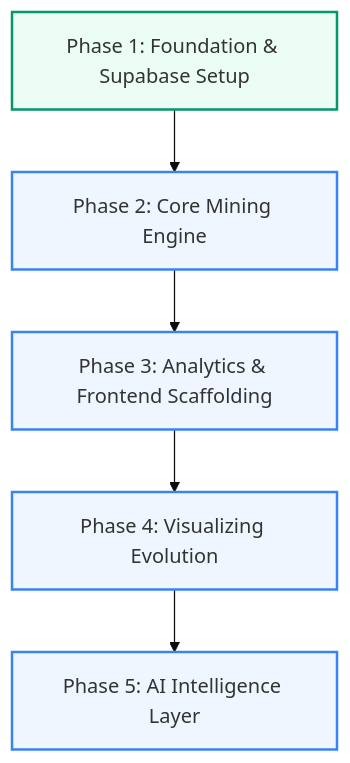
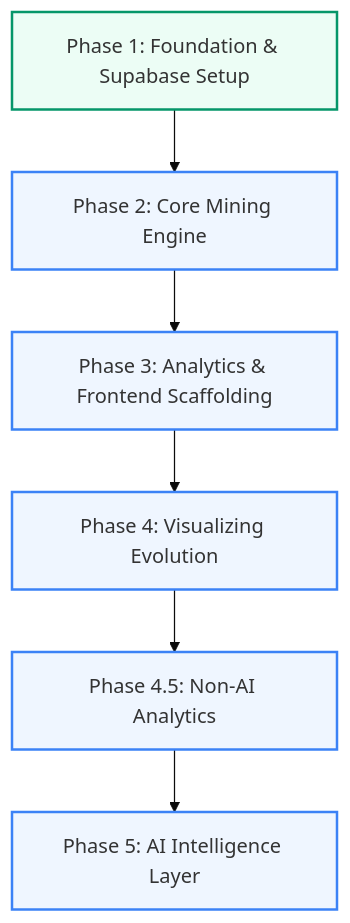
One commit to Souhit-Majumder/GitCompass changed the diagram in ROADMAP.md. Above: the diagram before and after it, drawn with Mermaid (base theme). The commit also changed other lines of this file and 1 other file, not shown here.

Commit message:
feat: introduce Phase 4.5 architecture analytics and improve treemap layout and label rendering

````diff
--- a/ROADMAP.md
+++ b/ROADMAP.md
@@ -9,12 +9,14 @@
 ```mermaid
 graph TD
     P1[Phase 1: Foundation & Supabase Setup] --> P2[Phase 2: Core Mining Engine]
     P2 --> P3[Phase 3: Analytics & Frontend Scaffolding]
     P3 --> P4[Phase 4: Visualizing Evolution]
-    P4 --> P5[Phase 5: AI Intelligence Layer]
+    P4 --> P4_5[Phase 4.5: Non-AI Analytics]
+    P4_5 --> P5[Phase 5: AI Intelligence Layer]
     style P1 fill:#ECFDF5,stroke:#059669,stroke-width:2px
     style P2 fill:#EFF6FF,stroke:#3B82F6,stroke-width:2px
     style P3 fill:#EFF6FF,stroke:#3B82F6,stroke-width:2px
     style P4 fill:#EFF6FF,stroke:#3B82F6,stroke-width:2px
+    style P4_5 fill:#EFF6FF,stroke:#3B82F6,stroke-width:2px
     style P5 fill:#EFF6FF,stroke:#3B82F6,stroke-width:2px
 ```
````
